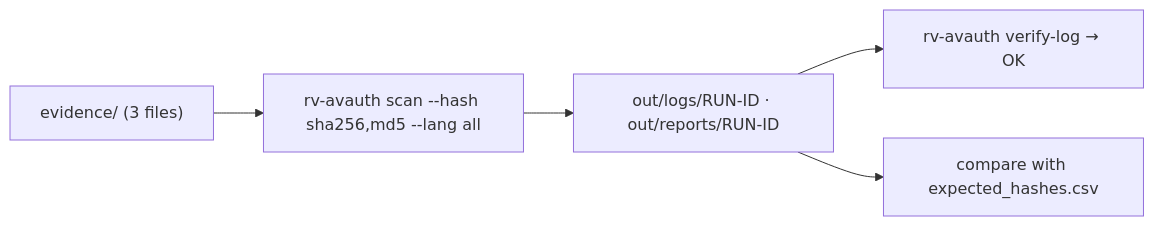
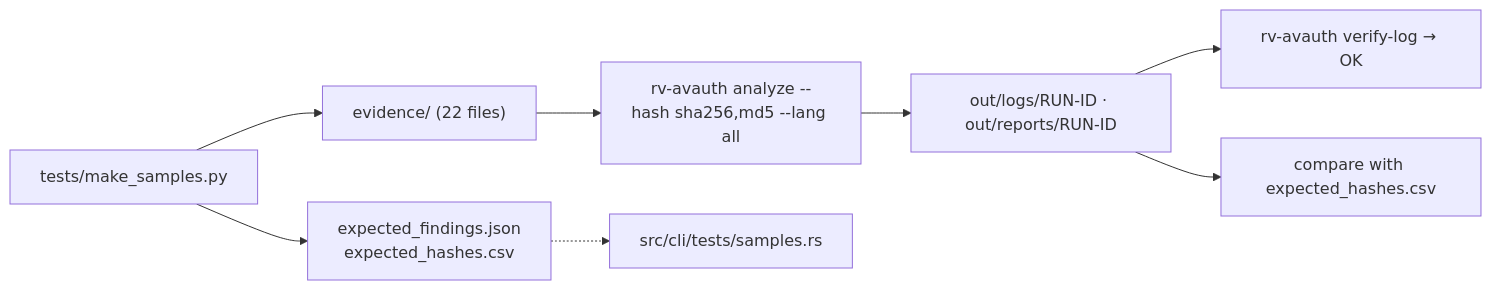
Before and after one commit to Panacota96/rv-avauth: the diagram in examples/README.md, drawn with Mermaid. The commit also changed other lines of this file and 93 other files, not shown here.

````diff
--- a/examples/README.md
+++ b/examples/README.md
@@ -14,7 +39,10 @@
 ```mermaid
 flowchart LR
-    E["evidence/ (3 files)"] --> S["rv-avauth scan --hash sha256,md5 --lang all"]
+    G["tests/make_samples.py"] --> E["evidence/ (22 files)"]
+    G --> X["expected_findings.json<br/>expected_hashes.csv"]
+    E --> S["rv-avauth analyze --hash sha256,md5 --lang all"]
     S --> O["out/logs/RUN-ID · out/reports/RUN-ID"]
     O --> V["rv-avauth verify-log → OK"]
     O --> C["compare with expected_hashes.csv"]
+    X -.-> T["src/cli/tests/samples.rs"]
 ```
````
